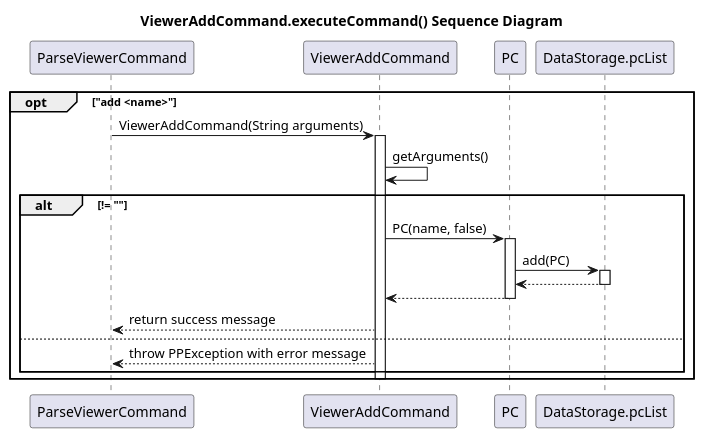
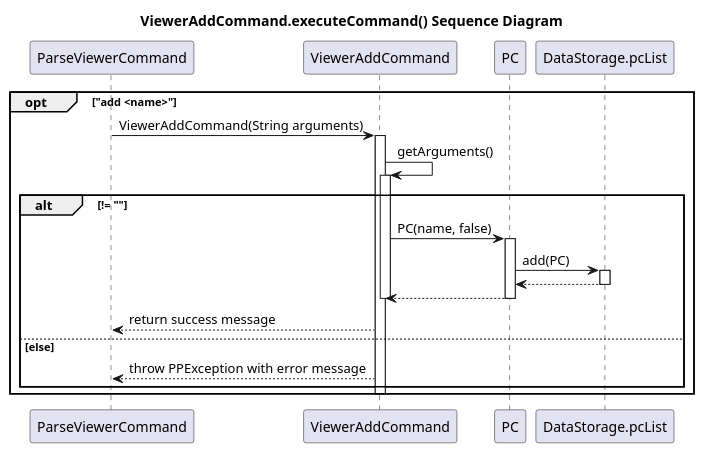
The diagram in docs/uml-source/ViewerAddCommand.puml (typingpanda/tp), drawn with PlantUML before and after one commit. The commit also changed 4 other files, not shown here.

Commit message:
Update ViewerAddCommand to include the activation bar Update ParserClass class diagram to follow standard practice for diagrams

```diff
--- a/docs/uml-source/ViewerAddCommand.puml
+++ b/docs/uml-source/ViewerAddCommand.puml
@@ -1,29 +1,31 @@
 @startuml
 title ViewerAddCommand.executeCommand() Sequence Diagram
 
 participant ParseViewerCommand
 participant ViewerAddCommand
 participant PC
 participant DataStorage.pcList
 
 opt "add <name>"
 ParseViewerCommand -> ViewerAddCommand: ViewerAddCommand(String arguments)
 activate ViewerAddCommand
 ViewerAddCommand -> ViewerAddCommand: getArguments()
+activate ViewerAddCommand
 alt != ""
     ViewerAddCommand -> PC: PC(name, false)
     activate PC
     PC -> DataStorage.pcList: add(PC)
     activate DataStorage.pcList
     DataStorage.pcList --> PC
     deactivate DataStorage.pcList
     PC --> ViewerAddCommand
     deactivate PC
+    deactivate ViewerAddCommand
     ViewerAddCommand --> ParseViewerCommand: return success message
-else
+else else
     ViewerAddCommand --> ParseViewerCommand: throw PPException with error message
 end
 
 deactivate ViewerAddCommand
 end
 @enduml
```
